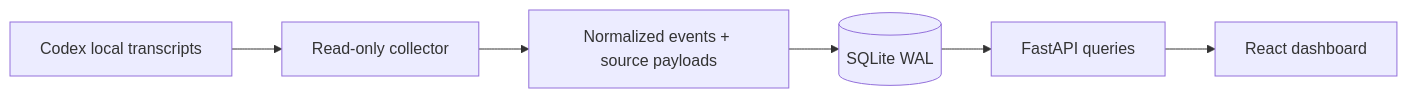
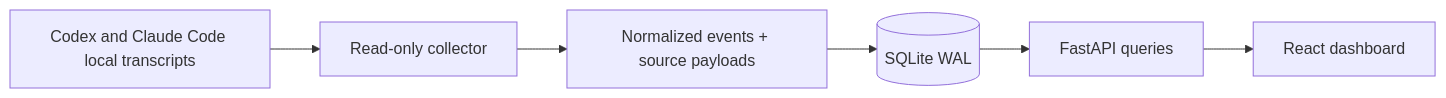
Before and after one commit to magibrush/agent-monitoring: the diagram in docs/ingestion-and-enforcement.md, drawn with Mermaid. The commit also changed other lines of this file and 28 other files, not shown here.

````diff
--- a/docs/ingestion-and-enforcement.md
+++ b/docs/ingestion-and-enforcement.md
@@ -30,8 +31,8 @@
 ```mermaid
 flowchart LR
-  A[Codex local transcripts] --> B[Read-only collector]
+  A[Codex and Claude Code local transcripts] --> B[Read-only collector]
   B --> E[Normalized events + source payloads]
   E --> F[(SQLite WAL)]
   F --> G[FastAPI queries]
   G --> H[React dashboard]
 ```
````
